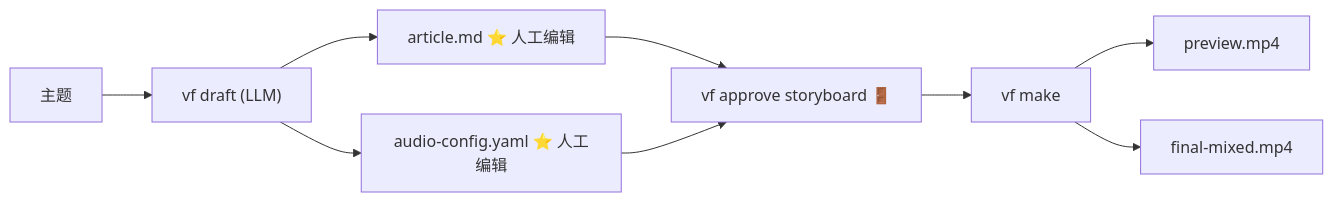
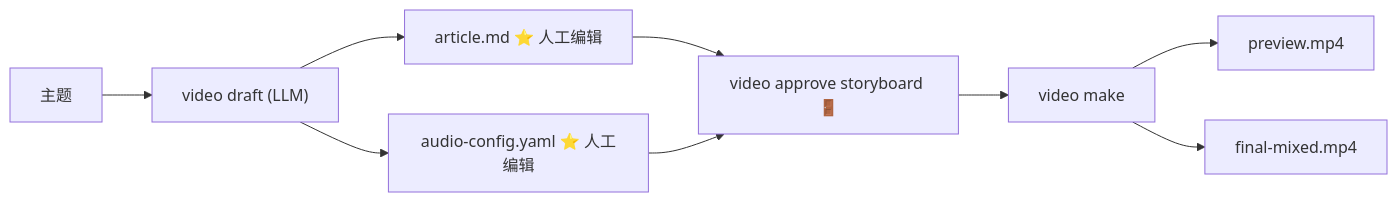
Before and after one commit to huangjien/ai-video-factory: the second of 2 diagrams in docs/INSTALLATION_AND_USAGE.zh-CN.md, drawn with Mermaid. The commit also changed other lines of this file and 177 other files, not shown here.

````diff
--- a/docs/INSTALLATION_AND_USAGE.zh-CN.md
+++ b/docs/INSTALLATION_AND_USAGE.zh-CN.md
@@ -1008,11 +1008,11 @@
 ```mermaid
 flowchart LR
-    topic[主题] --> vfDraft["vf draft (LLM)"]
-    vfDraft --> articleMD["article.md ⭐ 人工编辑"]
-    vfDraft --> audioConfig["audio-config.yaml ⭐ 人工编辑"]
-    articleMD --> vfApprove["vf approve storyboard 🚪"]
-    audioConfig --> vfApprove
-    vfApprove --> vfMake["vf make"]
-    vfMake --> previewMp4[preview.mp4]
-    vfMake --> finalMixedMp4["final-mixed.mp4"]
+    topic[主题] --> videoDraft["video draft (LLM)"]
+    videoDraft --> articleMD["article.md ⭐ 人工编辑"]
+    videoDraft --> audioConfig["audio-config.yaml ⭐ 人工编辑"]
+    articleMD --> videoApprove["video approve storyboard 🚪"]
+    audioConfig --> videoApprove
+    videoApprove --> videoMake["video make"]
+    videoMake --> previewMp4[preview.mp4]
+    videoMake --> finalMixedMp4["final-mixed.mp4"]
 ```
````
